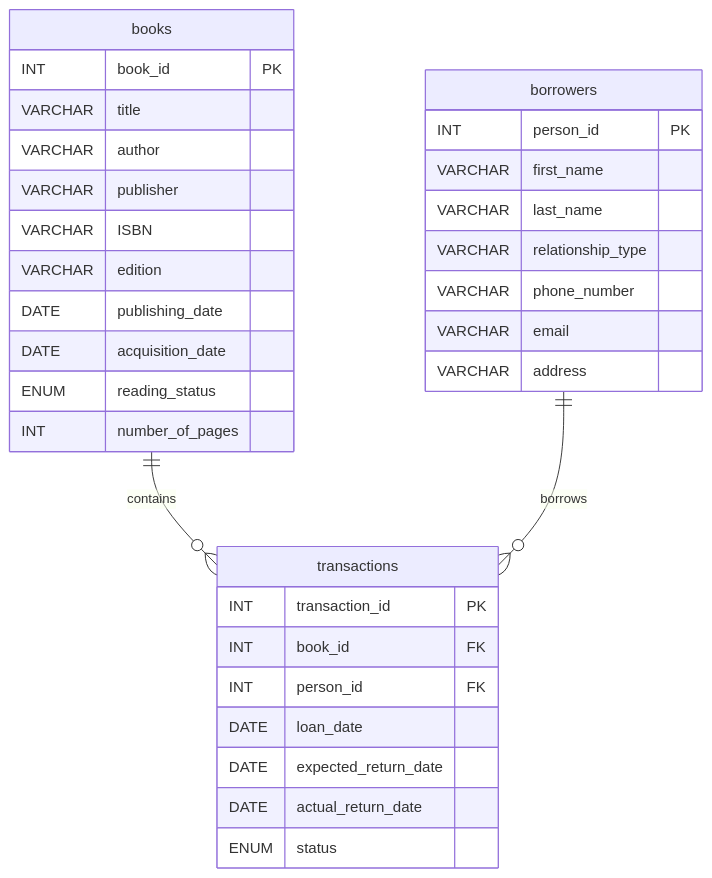
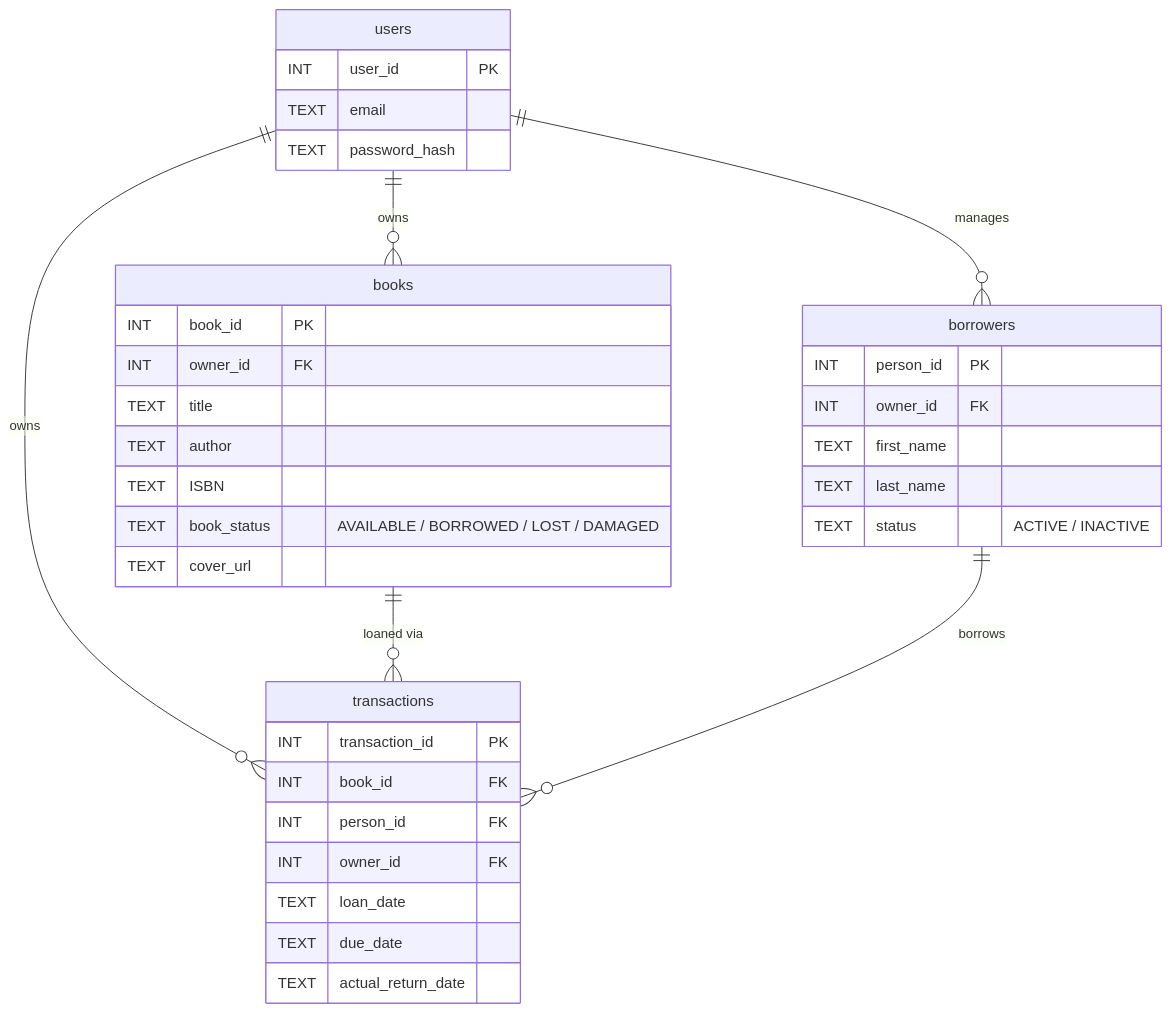
One commit to jeorgesilva/lianes-library changed the second of 2 diagrams in README.md. Above: the diagram before and after it, drawn with Mermaid. The commit also changed other lines of this file and 1 other file, not shown here.

First line of the commit message:
docs: rewrite README for current React/Cloudflare stack; fix dashboard book count

````diff
--- a/README.md
+++ b/README.md
@@ -34,38 +49,42 @@
 ```mermaid
 erDiagram
+    users ||--o{ books : owns
+    users ||--o{ borrowers : manages
+    users ||--o{ transactions : owns
+    books ||--o{ transactions : "loaned via"
+    borrowers ||--o{ transactions : borrows
+
+    users {
+        INT user_id PK
+        TEXT email
+        TEXT password_hash
+    }
+
     books {
         INT book_id PK
-        VARCHAR title
-        VARCHAR author
-        VARCHAR publisher
-        VARCHAR ISBN
-        VARCHAR edition
-        DATE publishing_date
-        DATE acquisition_date
-        ENUM reading_status
-        INT number_of_pages
+        INT owner_id FK
+        TEXT title
+        TEXT author
+        TEXT ISBN
+        TEXT book_status "AVAILABLE / BORROWED / LOST / DAMAGED"
+        TEXT cover_url
     }
 
     borrowers {
         INT person_id PK
-        VARCHAR first_name
-        VARCHAR last_name
-        VARCHAR relationship_type
-        VARCHAR phone_number
-        VARCHAR email
-        VARCHAR address
+        INT owner_id FK
+        TEXT first_name
+        TEXT last_name
+        TEXT status "ACTIVE / INACTIVE"
     }
 
     transactions {
         INT transaction_id PK
         INT book_id FK
         INT person_id FK
-        DATE loan_date
-        DATE expected_return_date
-        DATE actual_return_date
-        ENUM status
+        INT owner_id FK
+        TEXT loan_date
+        TEXT due_date
+        TEXT actual_return_date
     }
-
-    books ||--o{ transactions : contains
-    borrowers ||--o{ transactions : borrows
 ```
````
